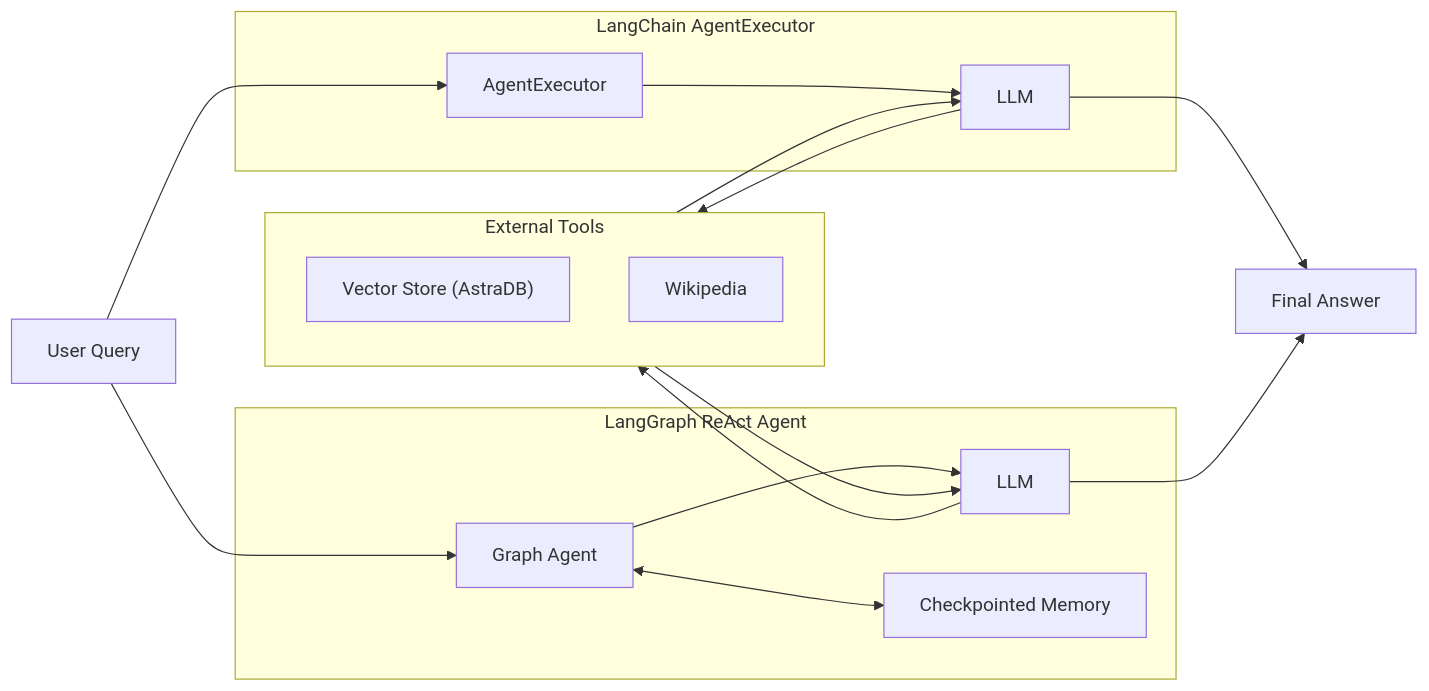
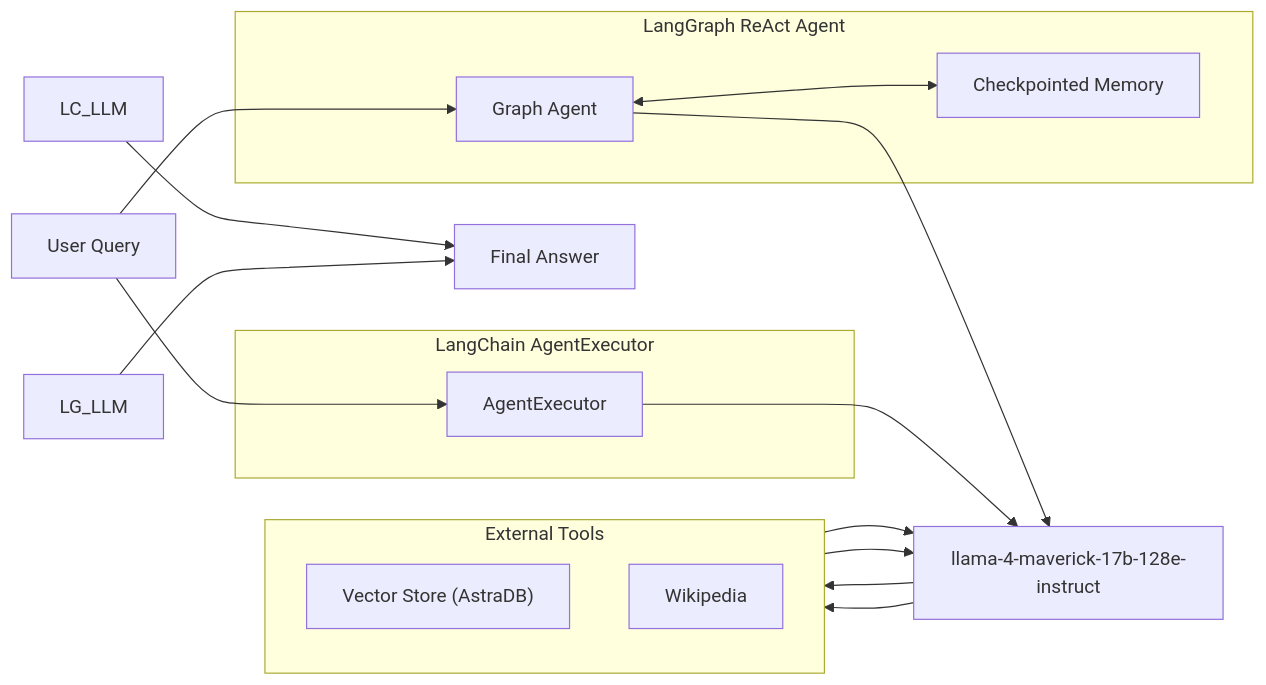
The diagram in README.md (AmanShaikh-IN/Stateful-Agent-System), drawn with Mermaid before and after one commit.

````diff
--- a/README.md
+++ b/README.md
@@ -26,40 +26,39 @@
 ```mermaid
 flowchart LR
     U["User Query"]
 
     subgraph LC["LangChain AgentExecutor"]
         LC_AGENT["AgentExecutor"]
-        LC_LLM["LLM"]
     end
 
     subgraph LG["LangGraph ReAct Agent"]
         LG_AGENT["Graph Agent"]
-        LG_LLM["LLM"]
         MEM["Checkpointed Memory"]
     end
 
     subgraph TOOLS["External Tools"]
         VS["Vector Store (AstraDB)"]
         WK["Wikipedia"]
     end
 
+    LLM["llama-4-maverick-17b-128e-instruct"]
     RESP["Final Answer"]
 
     U --> LC_AGENT
     U --> LG_AGENT
 
-    LC_AGENT --> LC_LLM
-    LG_AGENT --> LG_LLM
+    LC_AGENT --> LLM
+    LG_AGENT --> LLM
 
     LG_AGENT <--> MEM
 
-    LC_LLM --> TOOLS
-    LG_LLM --> TOOLS
+    LLM --> TOOLS
+    LLM --> TOOLS
 
-    TOOLS --> LC_LLM
-    TOOLS --> LG_LLM
+    TOOLS --> LLM
+    TOOLS --> LLM
 
     LC_LLM --> RESP
     LG_LLM --> RESP
 
 ``` 
````
